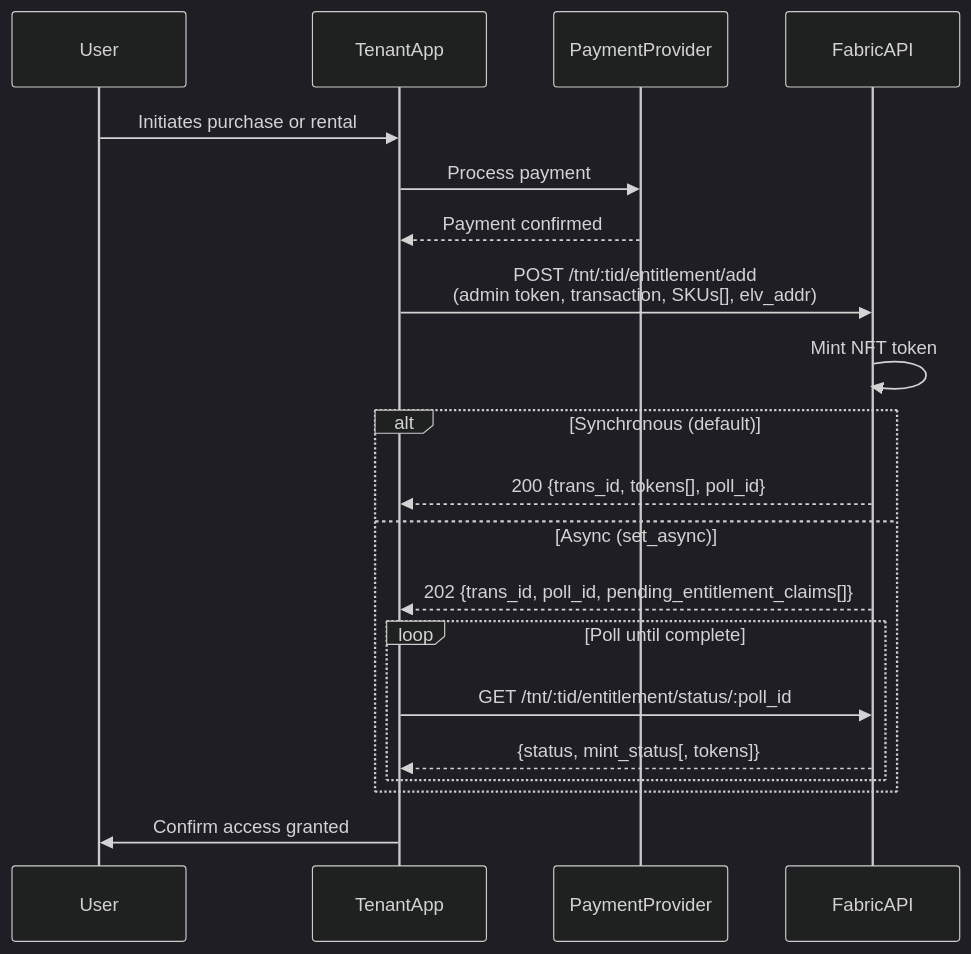
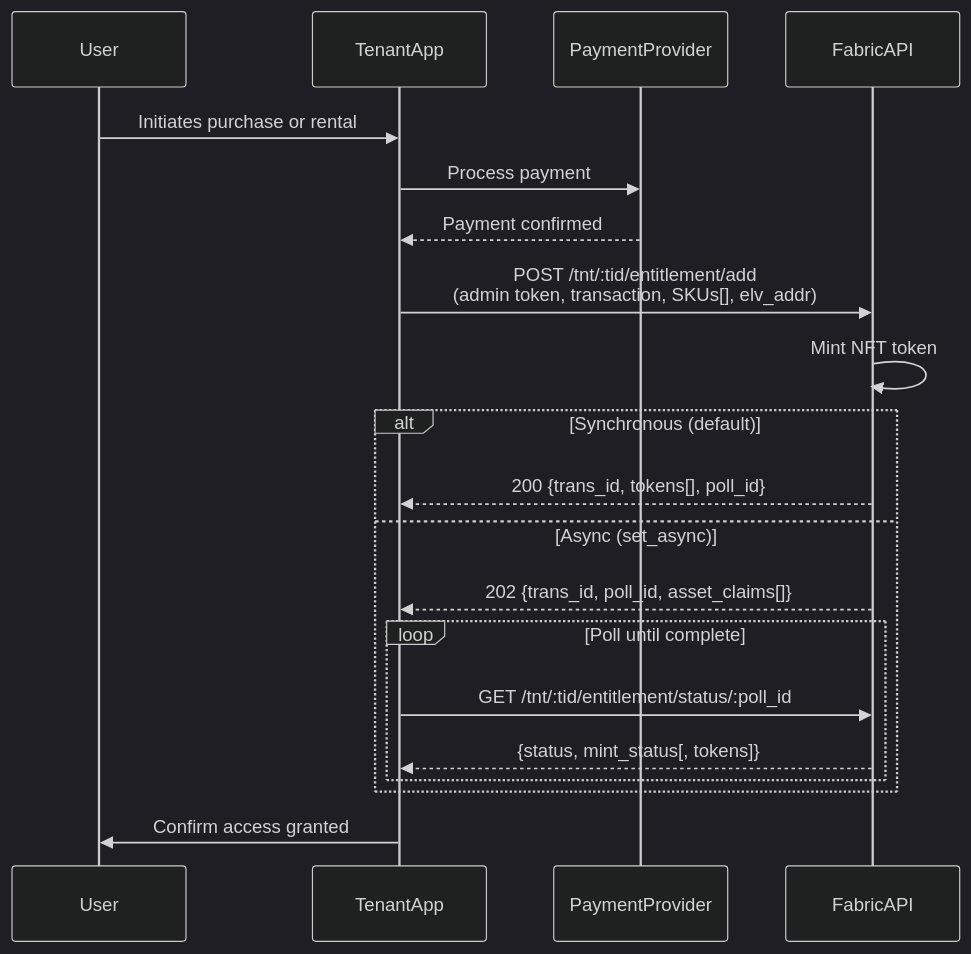
One commit to eluv-io/elv-docs changed the diagram in media-wallet/purchase/entitlements/README.md. Above: the diagram before and after it, drawn with Mermaid (dark theme). The commit also changed 4 other files, not shown here.

Commit message:
update policy to hasAssetClaimForLinkedNft; add include_asset_claims docs (#25)

````diff
--- a/media-wallet/purchase/entitlements/README.md
+++ b/media-wallet/purchase/entitlements/README.md
@@ -10,25 +10,25 @@
 ```mermaid
 sequenceDiagram
     participant User
     participant TenantApp
     participant PaymentProvider
     participant FabricAPI
 
     User->>TenantApp: Initiates purchase or rental
     TenantApp->>PaymentProvider: Process payment
     PaymentProvider-->>TenantApp: Payment confirmed
     TenantApp->>FabricAPI: POST /tnt/:tid/entitlement/add<br/>(admin token, transaction, SKUs[], elv_addr)
     FabricAPI->>FabricAPI: Mint NFT token
 
     alt Synchronous (default)
         FabricAPI-->>TenantApp: 200 {trans_id, tokens[], poll_id}
     else Async (set_async)
-        FabricAPI-->>TenantApp: 202 {trans_id, poll_id, pending_entitlement_claims[]}
+        FabricAPI-->>TenantApp: 202 {trans_id, poll_id, asset_claims[]}
         loop Poll until complete
             TenantApp->>FabricAPI: GET /tnt/:tid/entitlement/status/:poll_id
             FabricAPI-->>TenantApp: {status, mint_status[, tokens]}
         end
     end
 
     TenantApp->>User: Confirm access granted
 ```
````
